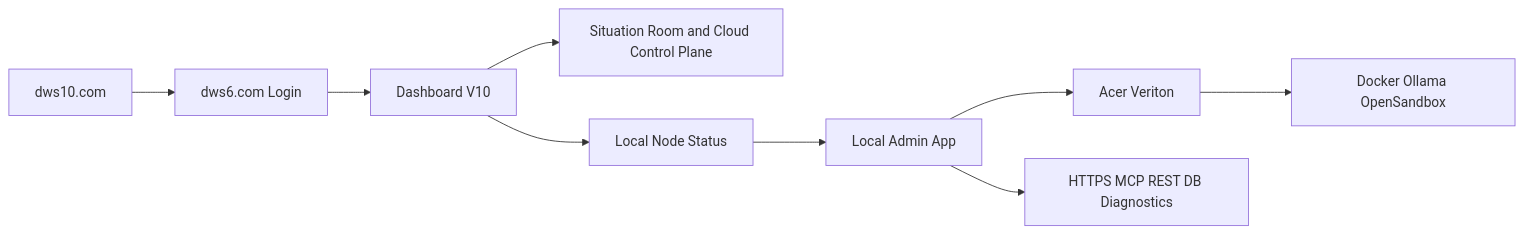
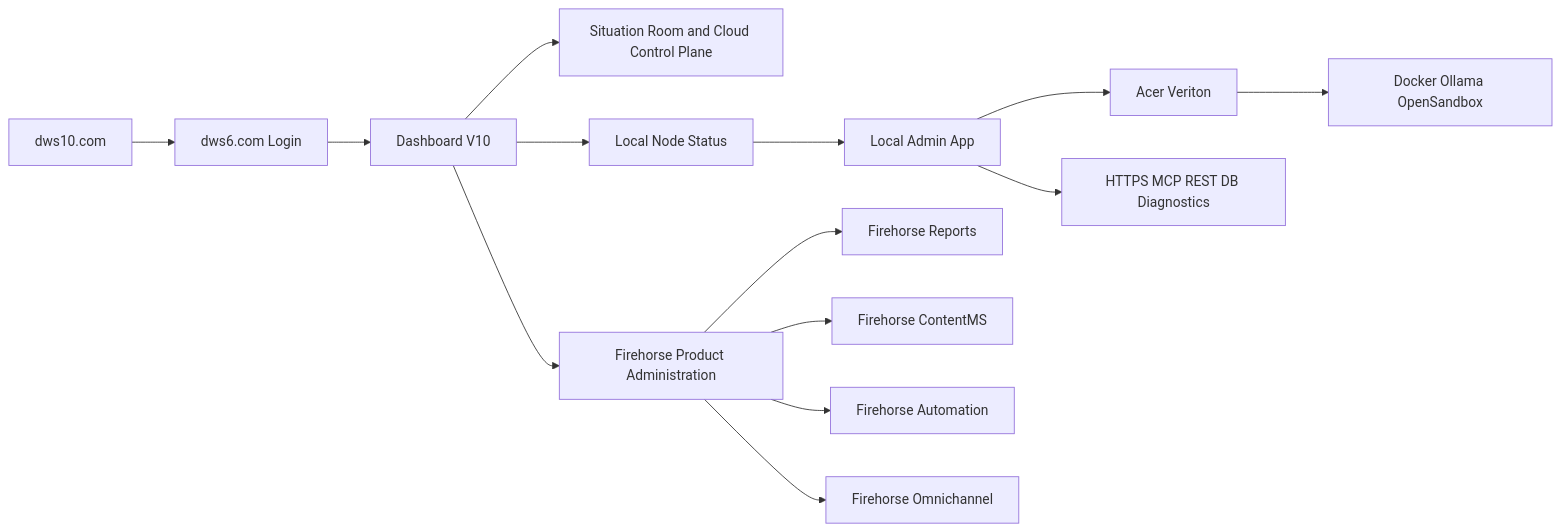
One commit to blogtheristo/opencode-all changed the diagram in Situation/admin-storyboard.md. Above: the diagram before and after it, drawn with Mermaid. The commit also changed other lines of this file and 7 other files, not shown here.

````diff
--- a/Situation/admin-storyboard.md
+++ b/Situation/admin-storyboard.md
@@ -31,11 +32,16 @@
 ```mermaid
 flowchart LR
   publicEntry[dws10.com] --> login[dws6.com Login]
   login --> dashboard[Dashboard V10]
   dashboard --> cloudOps[Situation Room and Cloud Control Plane]
+  dashboard --> firehorseAdmin[Firehorse Product Administration]
   dashboard --> nodeStatus[Local Node Status]
   nodeStatus --> adminApp[Local Admin App]
   adminApp --> veriton[Acer Veriton]
   veriton --> services[Docker Ollama OpenSandbox]
   adminApp --> diagnostics[HTTPS MCP REST DB Diagnostics]
+  firehorseAdmin --> reports[Firehorse Reports]
+  firehorseAdmin --> contentms[Firehorse ContentMS]
+  firehorseAdmin --> automation[Firehorse Automation]
+  firehorseAdmin --> omnichannel[Firehorse Omnichannel]
 ```
````
